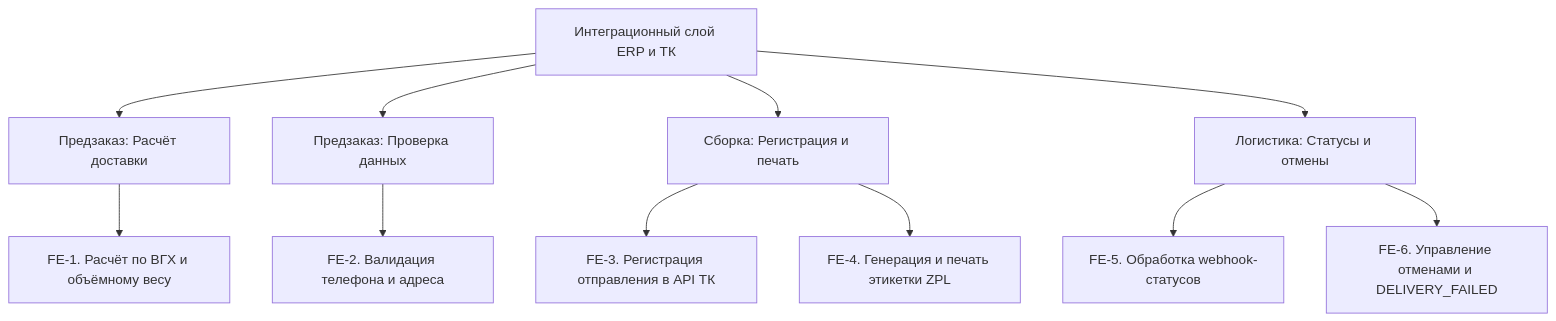
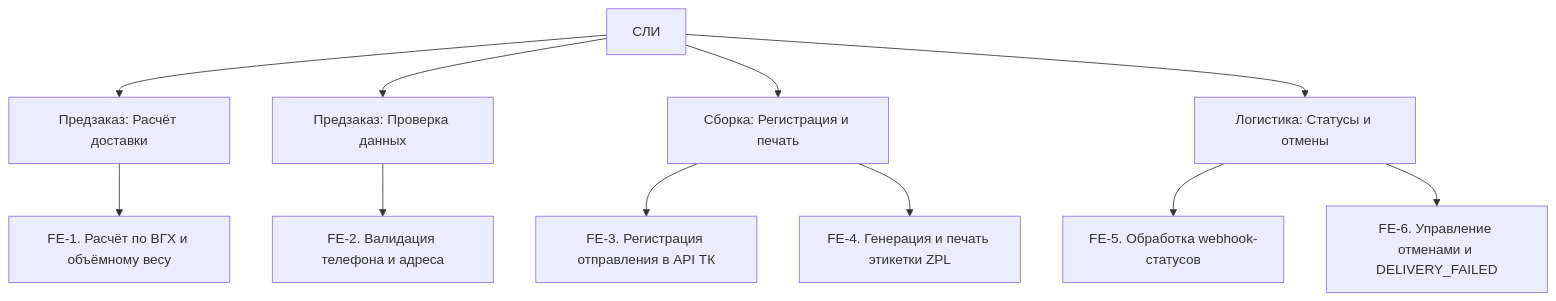
The diagram in variants/07 - Склад/case_concept.md (Fesenko1337/requirements-lab-01--variant-07---warehouse-), drawn with Mermaid before and after one commit. The commit also changed other lines of this file, not shown here.

First line of the commit message:
fix: исправлена терминология и роли ERP/СЛИ в сценариях

````diff
--- a/variants/07 - Склад/case_concept.md
+++ b/variants/07 - Склад/case_concept.md
@@ -111,18 +111,18 @@
 ```mermaid
 flowchart TB
-  SYS[Интеграционный слой ERP и ТК]
+  SYS[СЛИ]
 
   SYS --> Calc[Предзаказ: Расчёт доставки]
   Calc --> FE1[FE-1. Расчёт по ВГХ и объёмному весу]
 
   SYS --> Valid[Предзаказ: Проверка данных]
   Valid --> FE2[FE-2. Валидация телефона и адреса]
 
   SYS --> Reg[Сборка: Регистрация и печать]
   Reg --> FE3[FE-3. Регистрация отправления в API ТК]
   Reg --> FE4[FE-4. Генерация и печать этикетки ZPL]
 
   SYS --> Status[Логистика: Статусы и отмены]
   Status --> FE5[FE-5. Обработка webhook-статусов]
   Status --> FE6[FE-6. Управление отменами и DELIVERY_FAILED]
 ```
````
